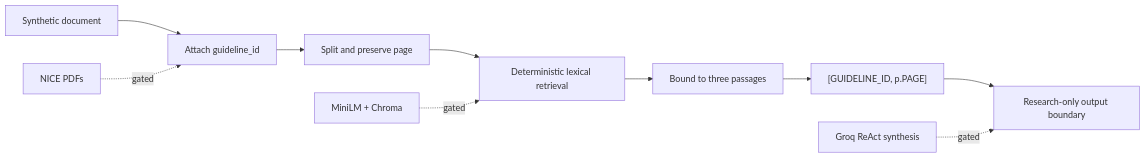
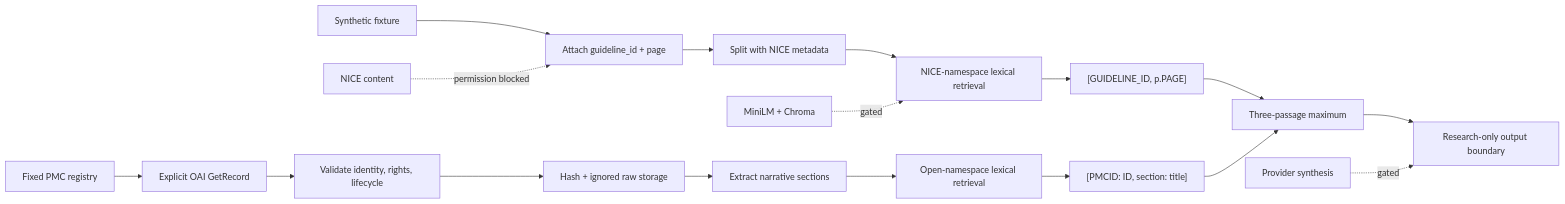
Before and after one commit to ajinkya-awari/-nice-rag: the diagram in README.md, drawn with Mermaid. The commit also changed other lines of this file and 5 other files, not shown here.

Commit message:
docs: document partial open-evidence validation

````diff
--- a/README.md
+++ b/README.md
@@ -40,13 +43,22 @@
 ```mermaid
 flowchart LR
-    D[Synthetic document] --> T[Attach guideline_id]
-    T --> S[Split and preserve page]
-    S --> R[Deterministic lexical retrieval]
-    R --> B[Bound to three passages]
-    B --> C["[GUIDELINE_ID, p.PAGE]"]
-    C --> E[Research-only output boundary]
+    D[Synthetic fixture] --> T[Attach guideline_id + page]
+    T --> S[Split with NICE metadata]
+    S --> NR[NICE-namespace lexical retrieval]
+    NR --> NC["[GUIDELINE_ID, p.PAGE]"]
 
-    P[NICE PDFs] -. gated .-> T
-    M[MiniLM + Chroma] -. gated .-> R
-    G[Groq ReAct synthesis] -. gated .-> E
+    O[Fixed PMC registry] --> F[Explicit OAI GetRecord]
+    F --> V[Validate identity, rights, lifecycle]
+    V --> H[Hash + ignored raw storage]
+    H --> X[Extract narrative sections]
+    X --> OR[Open-namespace lexical retrieval]
+    OR --> OC["[PMCID: ID, section: title]"]
+
+    NC --> B[Three-passage maximum]
+    OC --> B
+    B --> E[Research-only output boundary]
+
+    P[NICE content] -. permission blocked .-> T
+    M[MiniLM + Chroma] -. gated .-> NR
+    G[Provider synthesis] -. gated .-> E
 ```
````
